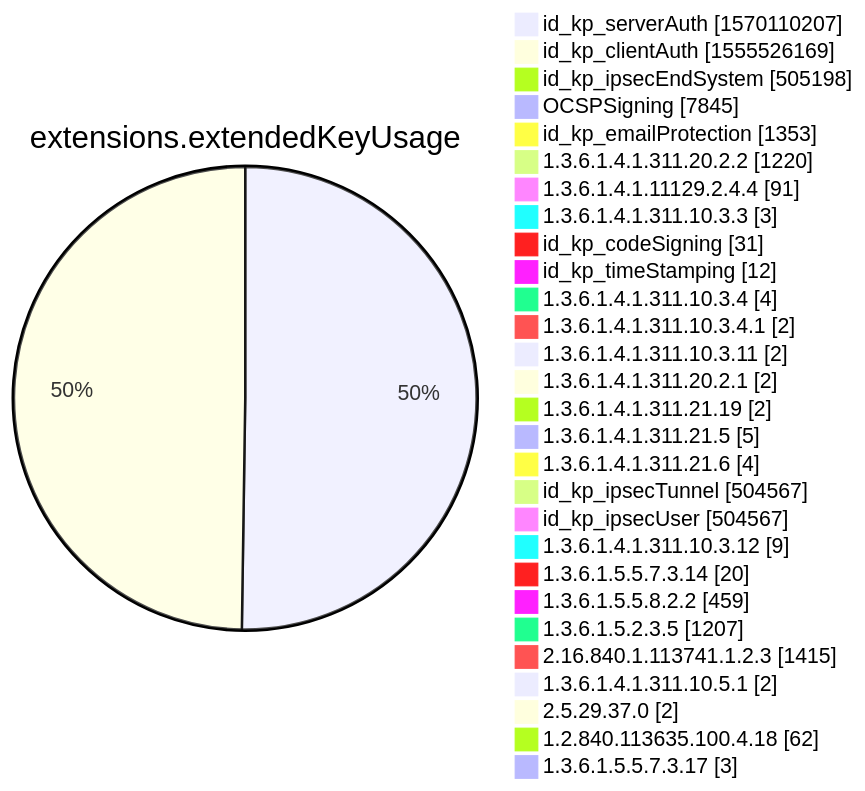
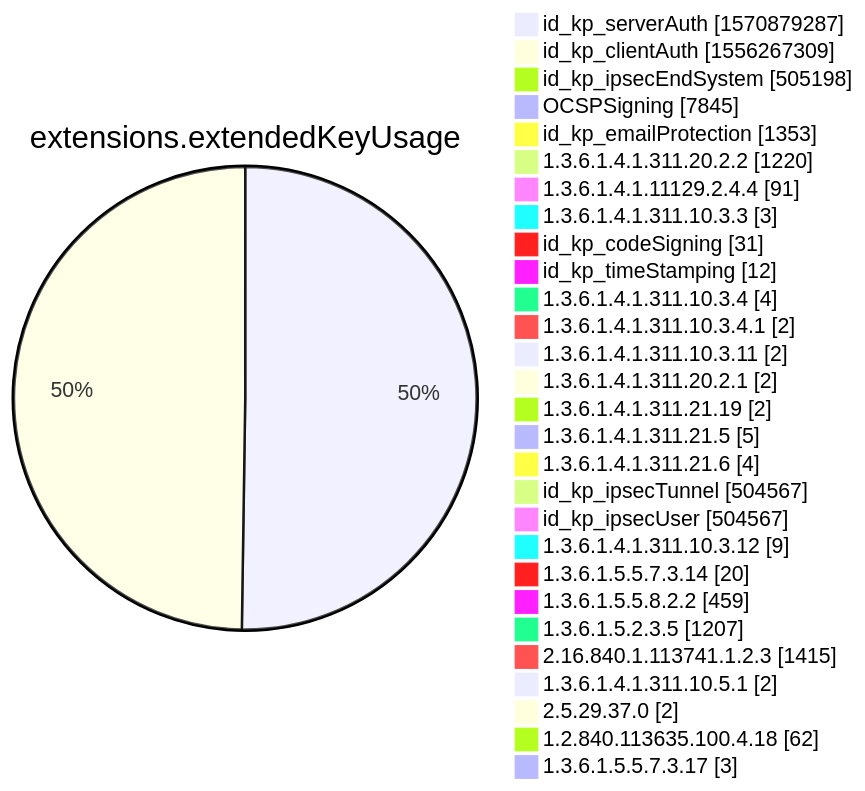
Diagram 12 of 15 in xenon2022/README.md (christiankrug/ctmonitor_visualization), drawn with Mermaid before and after one commit. The commit also changed other lines of this file, not shown here.

````diff
--- a/xenon2022/README.md
+++ b/xenon2022/README.md
@@ -3883,32 +3883,32 @@
 ```mermaid
 pie showData
 title extensions.extendedKeyUsage
-"id_kp_serverAuth" :1570110207
-"id_kp_clientAuth" :1555526169
+"id_kp_serverAuth" :1570879287
+"id_kp_clientAuth" :1556267309
 "id_kp_ipsecEndSystem" :505198
 "OCSPSigning" :7845
 "id_kp_emailProtection" :1353
 "1.3.6.1.4.1.311.20.2.2" :1220
 "1.3.6.1.4.1.11129.2.4.4" :91
 "1.3.6.1.4.1.311.10.3.3" :3
 "id_kp_codeSigning" :31
 "id_kp_timeStamping" :12
 "1.3.6.1.4.1.311.10.3.4" :4
 "1.3.6.1.4.1.311.10.3.4.1" :2
 "1.3.6.1.4.1.311.10.3.11" :2
 "1.3.6.1.4.1.311.20.2.1" :2
 "1.3.6.1.4.1.311.21.19" :2
 "1.3.6.1.4.1.311.21.5" :5
 "1.3.6.1.4.1.311.21.6" :4
 "id_kp_ipsecTunnel" :504567
 "id_kp_ipsecUser" :504567
 "1.3.6.1.4.1.311.10.3.12" :9
 "1.3.6.1.5.5.7.3.14" :20
 "1.3.6.1.5.5.8.2.2" :459
 "1.3.6.1.5.2.3.5" :1207
 "2.16.840.1.113741.1.2.3" :1415
 "1.3.6.1.4.1.311.10.5.1" :2
 "2.5.29.37.0" :2
 "1.2.840.113635.100.4.18" :62
 "1.3.6.1.5.5.7.3.17" :3
 ```
````
